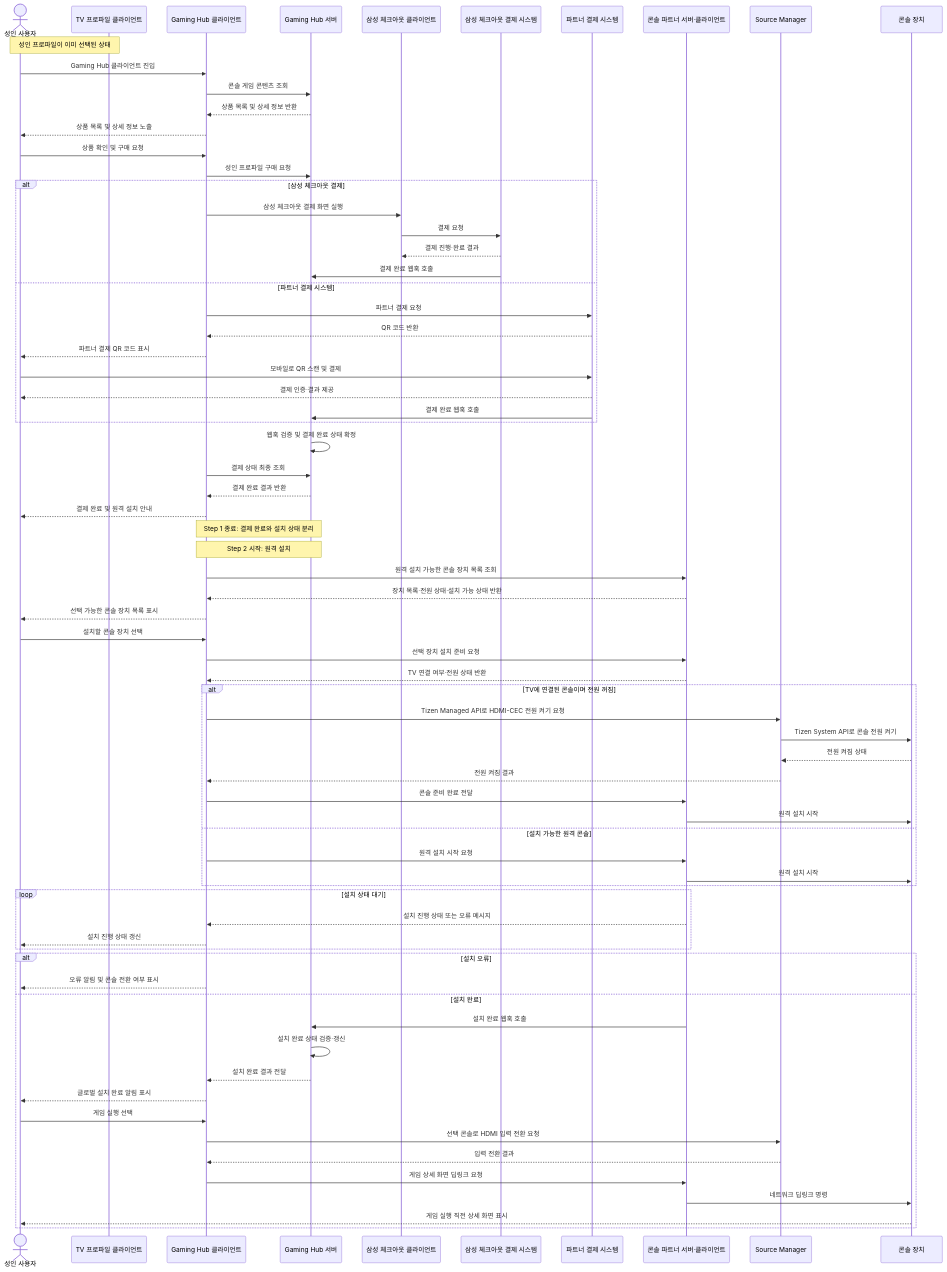
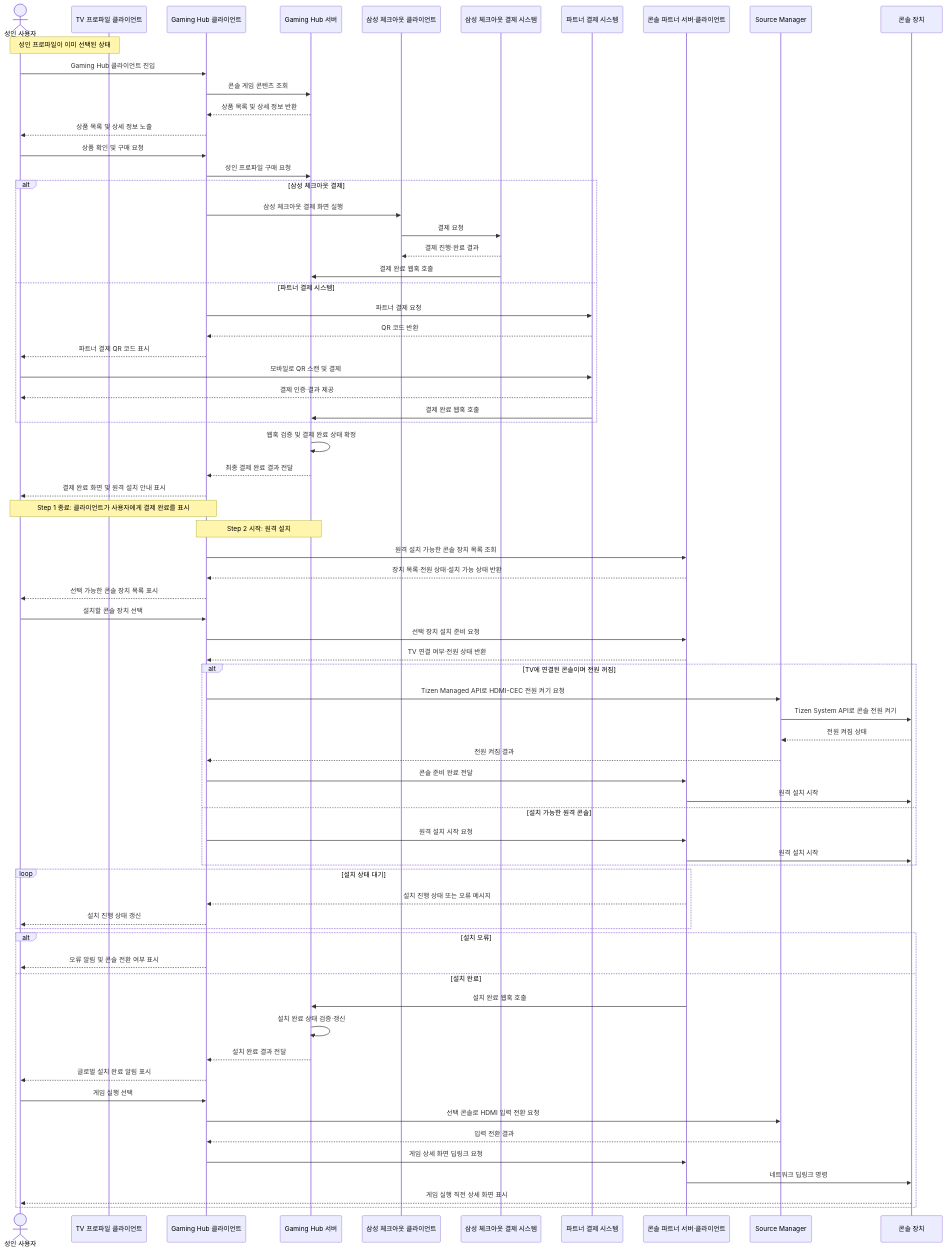
The second of 5 diagrams in docs/decision-point-2-architecture.md (seock04/gaming-hub-console-content), drawn with Mermaid before and after one commit.

Commit message:
Complete payment confirmation before install

````diff
--- a/docs/decision-point-2-architecture.md
+++ b/docs/decision-point-2-architecture.md
@@ -101,75 +101,74 @@
 ```mermaid
 sequenceDiagram
     actor User as 성인 사용자
     participant Profile as TV 프로파일 클라이언트
     participant HubClient as Gaming Hub 클라이언트
     participant Hub as Gaming Hub 서버
     participant CheckoutClient as 삼성 체크아웃 클라이언트
     participant CheckoutServer as 삼성 체크아웃 결제 시스템
     participant PartnerPay as 파트너 결제 시스템
     participant Partner as 콘솔 파트너 서버·클라이언트
     participant SourceManager as Source Manager
     participant Console as 콘솔 장치
 
     Note over User,Profile: 성인 프로파일이 이미 선택된 상태
     User->>HubClient: Gaming Hub 클라이언트 진입
     HubClient->>Hub: 콘솔 게임 콘텐츠 조회
     Hub-->>HubClient: 상품 목록 및 상세 정보 반환
     HubClient-->>User: 상품 목록 및 상세 정보 노출
     User->>HubClient: 상품 확인 및 구매 요청
     HubClient->>Hub: 성인 프로파일 구매 요청
     alt 삼성 체크아웃 결제
         HubClient->>CheckoutClient: 삼성 체크아웃 결제 화면 실행
         CheckoutClient->>CheckoutServer: 결제 요청
         CheckoutServer-->>CheckoutClient: 결제 진행·완료 결과
         CheckoutServer->>Hub: 결제 완료 웹훅 호출
     else 파트너 결제 시스템
         HubClient->>PartnerPay: 파트너 결제 요청
         PartnerPay-->>HubClient: QR 코드 반환
         HubClient-->>User: 파트너 결제 QR 코드 표시
         User->>PartnerPay: 모바일로 QR 스캔 및 결제
         PartnerPay-->>User: 결제 인증·결과 제공
         PartnerPay->>Hub: 결제 완료 웹훅 호출
     end
     Hub->>Hub: 웹훅 검증 및 결제 완료 상태 확정
-    HubClient->>Hub: 결제 상태 최종 조회
-    Hub-->>HubClient: 결제 완료 결과 반환
-    HubClient-->>User: 결제 완료 및 원격 설치 안내
-    Note over Hub,HubClient: Step 1 종료: 결제 완료와 설치 상태 분리
+    Hub-->>HubClient: 최종 결제 완료 결과 전달
+    HubClient-->>User: 결제 완료 화면 및 원격 설치 안내 표시
+    Note over HubClient,User: Step 1 종료: 클라이언트가 사용자에게 결제 완료를 표시
     Note over Hub,HubClient: Step 2 시작: 원격 설치
     HubClient->>Partner: 원격 설치 가능한 콘솔 장치 목록 조회
     Partner-->>HubClient: 장치 목록·전원 상태·설치 가능 상태 반환
     HubClient-->>User: 선택 가능한 콘솔 장치 목록 표시
     User->>HubClient: 설치할 콘솔 장치 선택
     HubClient->>Partner: 선택 장치 설치 준비 요청
     Partner-->>HubClient: TV 연결 여부·전원 상태 반환
     alt TV에 연결된 콘솔이며 전원 꺼짐
         HubClient->>SourceManager: Tizen Managed API로 HDMI-CEC 전원 켜기 요청
         SourceManager->>Console: Tizen System API로 콘솔 전원 켜기
         Console-->>SourceManager: 전원 켜짐 상태
         SourceManager-->>HubClient: 전원 켜짐 결과
         HubClient->>Partner: 콘솔 준비 완료 전달
         Partner->>Console: 원격 설치 시작
     else 설치 가능한 원격 콘솔
         HubClient->>Partner: 원격 설치 시작 요청
         Partner->>Console: 원격 설치 시작
     end
     loop 설치 상태 대기
         Partner-->>HubClient: 설치 진행 상태 또는 오류 메시지
         HubClient-->>User: 설치 진행 상태 갱신
     end
     alt 설치 오류
         HubClient-->>User: 오류 알림 및 콘솔 전환 여부 표시
     else 설치 완료
         Partner->>Hub: 설치 완료 웹훅 호출
         Hub->>Hub: 설치 완료 상태 검증·갱신
         Hub-->>HubClient: 설치 완료 결과 전달
         HubClient-->>User: 글로벌 설치 완료 알림 표시
         User->>HubClient: 게임 실행 선택
         HubClient->>SourceManager: 선택 콘솔로 HDMI 입력 전환 요청
         SourceManager-->>HubClient: 입력 전환 결과
         HubClient->>Partner: 게임 상세 화면 딥링크 요청
         Partner->>Console: 네트워크 딥링크 명령
         Console-->>User: 게임 실행 직전 상세 화면 표시
     end
 ```
````
